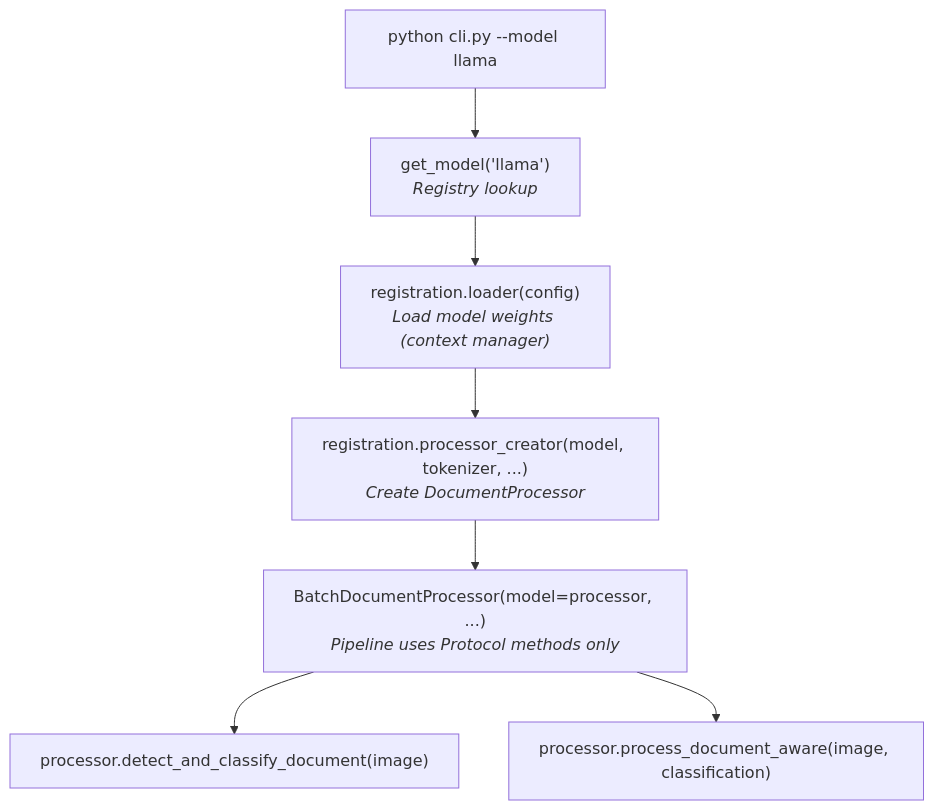
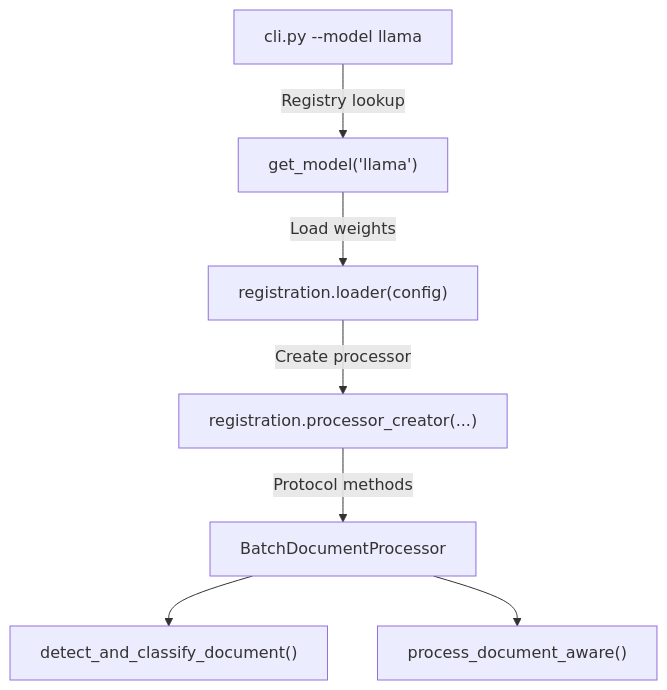
Before and after one commit to tmnestor/LMM_POC: the third of 4 diagrams in README.md, drawn with Mermaid. The commit also changed other lines of this file, not shown here.

Commit message:
feat: Update architecture diagrams in README for improved clarity and model loader descriptions

````diff
--- a/README.md
+++ b/README.md
@@ -187,9 +187,17 @@
 ```mermaid
 graph TD
-    A["python cli.py --model llama"] --> B["get_model('llama')<br/><i>Registry lookup</i>"]
-    B --> C["registration.loader(config)<br/><i>Load model weights (context manager)</i>"]
-    C --> D["registration.processor_creator(model, tokenizer, ...)<br/><i>Create DocumentProcessor</i>"]
-    D --> E["BatchDocumentProcessor(model=processor, ...)<br/><i>Pipeline uses Protocol methods only</i>"]
-    E --> F["processor.detect_and_classify_document(image)"]
-    E --> G["processor.process_document_aware(image, classification)"]
+    A["cli.py --model llama"]
+    B["get_model('llama')"]
+    C["registration.loader(config)"]
+    D["registration.processor_creator(...)"]
+    E["BatchDocumentProcessor"]
+    F["detect_and_classify_document()"]
+    G["process_document_aware()"]
+
+    A -->|"Registry lookup"| B
+    B -->|"Load weights"| C
+    C -->|"Create processor"| D
+    D -->|"Protocol methods"| E
+    E --> F
+    E --> G
 ```
````
